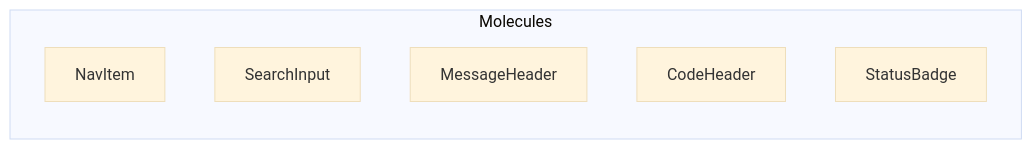
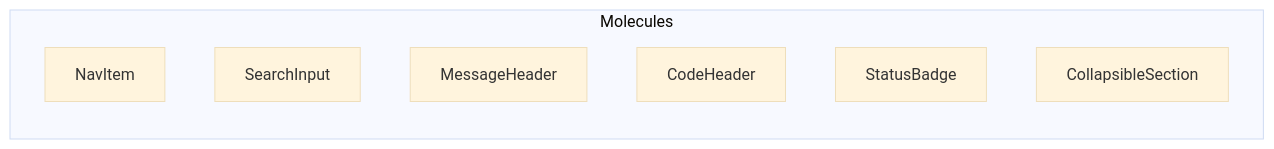
Before and after one commit to thirai-classlab/Claude-Code-Cloud: the third of 7 diagrams in doc/frontend-component-design.md, drawn with Mermaid (base theme). The commit also changed other lines of this file and 16 other files, not shown here.

````diff
--- a/doc/frontend-component-design.md
+++ b/doc/frontend-component-design.md
@@ -79,10 +84,11 @@
 ```mermaid
 graph LR
     subgraph Molecules
         NavItem["NavItem"]
         SearchInput["SearchInput"]
         MessageHeader["MessageHeader"]
         CodeHeader["CodeHeader"]
         StatusBadge["StatusBadge"]
+        CollapsibleSection["CollapsibleSection"]
     end
 ```
````
